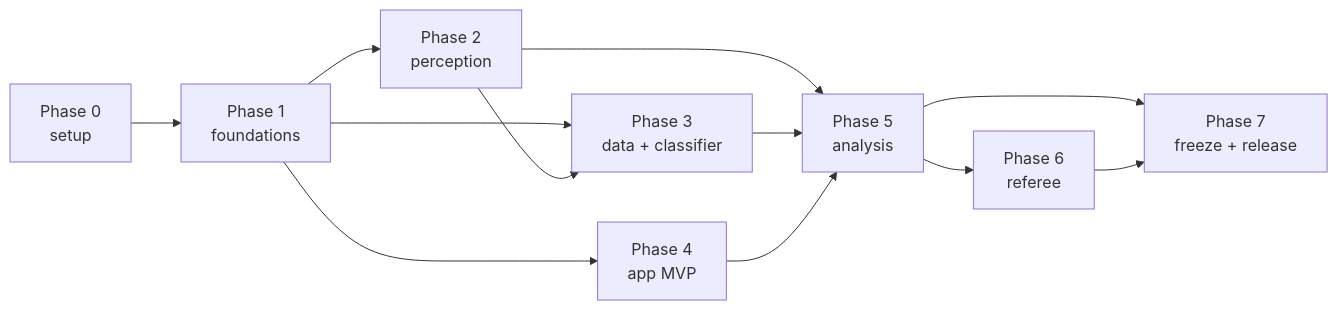
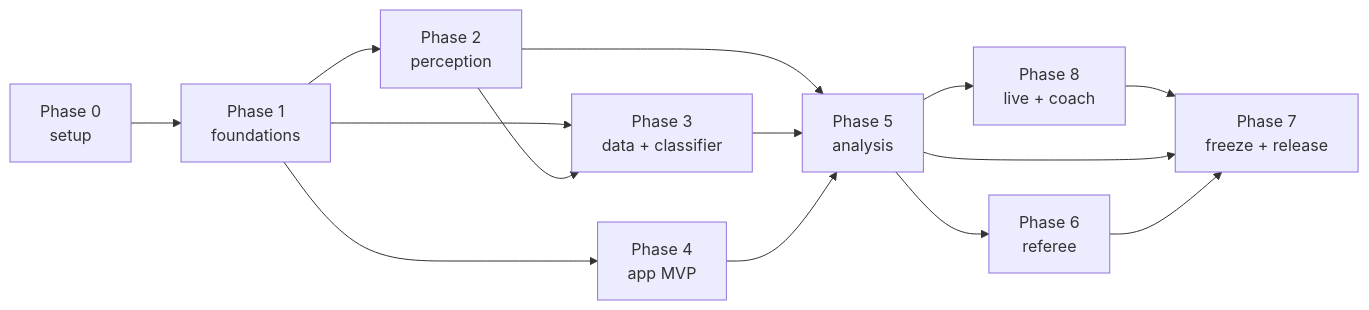
Before and after one commit to Mist10148/ShuttleSense: the second of 3 diagrams in docs/PHASES.md, drawn with Mermaid. The commit also changed other lines of this file and 8 other files, not shown here.

````diff
--- a/docs/PHASES.md
+++ b/docs/PHASES.md
@@ -82,14 +83,16 @@
 ```mermaid
 flowchart LR
     P0[Phase 0<br/>setup] --> P1[Phase 1<br/>foundations]
     P1 --> P2[Phase 2<br/>perception]
     P1 --> P3[Phase 3<br/>data + classifier]
     P1 --> P4[Phase 4<br/>app MVP]
     P2 --> P3
     P2 --> P5[Phase 5<br/>analysis]
     P3 --> P5
     P4 --> P5
     P5 --> P6[Phase 6<br/>referee]
+    P5 --> P8[Phase 8<br/>live + coach]
+    P8 --> P7
     P5 --> P7[Phase 7<br/>freeze + release]
     P6 --> P7
 ```
````
